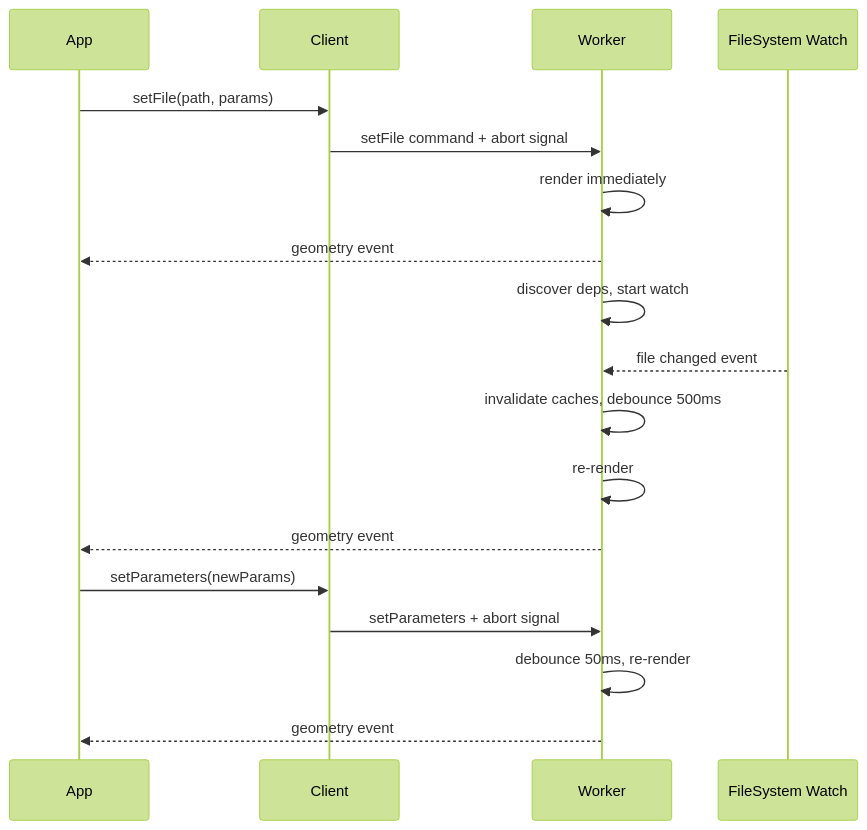
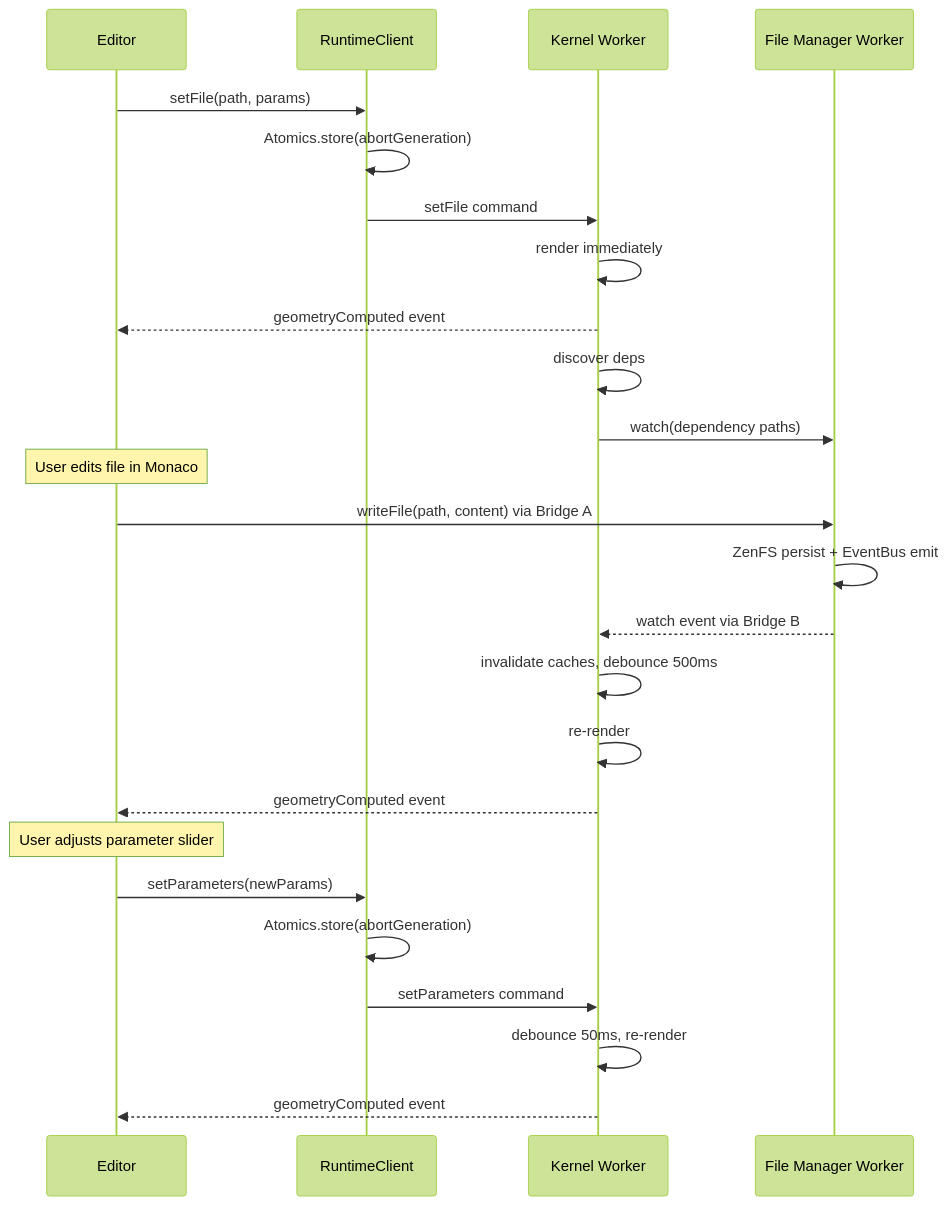
Before and after one commit to ahzs645/tau: the third of 3 diagrams in apps/ui/content/docs/(runtime)/concepts/architecture.mdx, drawn with Mermaid (forest theme). The commit also changed other lines of this file and 2 other files, not shown here.

Commit message:
docs(ui): refactor architecture doc to emphasize three-thread topology and autonomous render service

````diff
--- a/apps/ui/content/docs/(runtime)/concepts/architecture.mdx
+++ b/apps/ui/content/docs/(runtime)/concepts/architecture.mdx
@@ -130,21 +131,30 @@
 ```mermaid
 sequenceDiagram
-    participant App
-    participant Client
-    participant Worker
-    participant FS as FileSystem Watch
+    participant Editor
+    participant Client as RuntimeClient
+    participant Worker as Kernel Worker
+    participant FSW as File Manager Worker
 
-    App->>Client: setFile(path, params)
-    Client->>Worker: setFile command + abort signal
+    Editor->>Client: setFile(path, params)
+    Client->>Client: Atomics.store(abortGeneration)
+    Client->>Worker: setFile command
     Worker->>Worker: render immediately
-    Worker-->>App: geometry event
-    Worker->>Worker: discover deps, start watch
-    FS-->>Worker: file changed event
+    Worker-->>Editor: geometryComputed event
+    Worker->>Worker: discover deps
+    Worker->>FSW: watch(dependency paths)
+
+    Note over Editor: User edits file in Monaco
+    Editor->>FSW: writeFile(path, content) via Bridge A
+    FSW->>FSW: ZenFS persist + EventBus emit
+    FSW-->>Worker: watch event via Bridge B
     Worker->>Worker: invalidate caches, debounce 500ms
     Worker->>Worker: re-render
-    Worker-->>App: geometry event
-    App->>Client: setParameters(newParams)
-    Client->>Worker: setParameters + abort signal
+    Worker-->>Editor: geometryComputed event
+
+    Note over Editor: User adjusts parameter slider
+    Editor->>Client: setParameters(newParams)
+    Client->>Client: Atomics.store(abortGeneration)
+    Client->>Worker: setParameters command
     Worker->>Worker: debounce 50ms, re-render
-    Worker-->>App: geometry event
+    Worker-->>Editor: geometryComputed event
 ```
````
